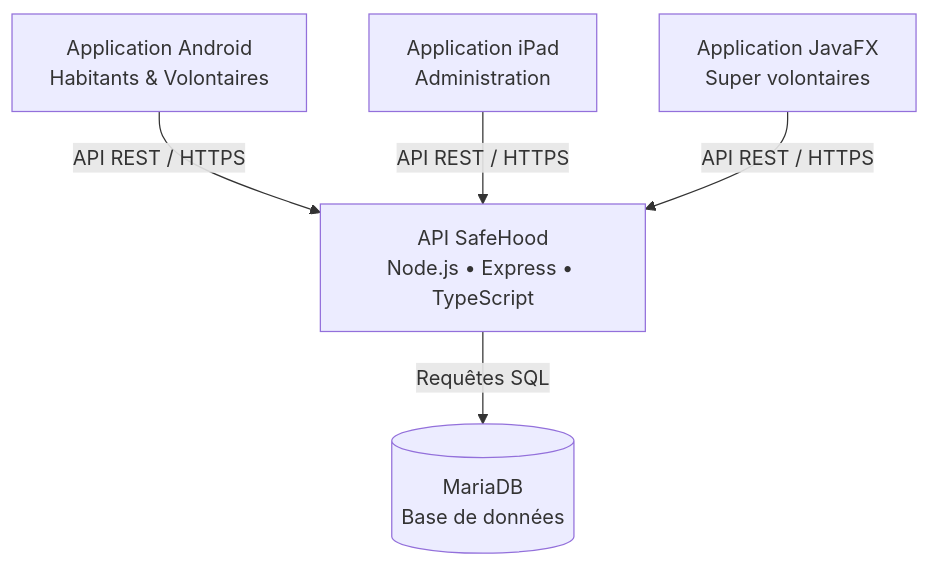
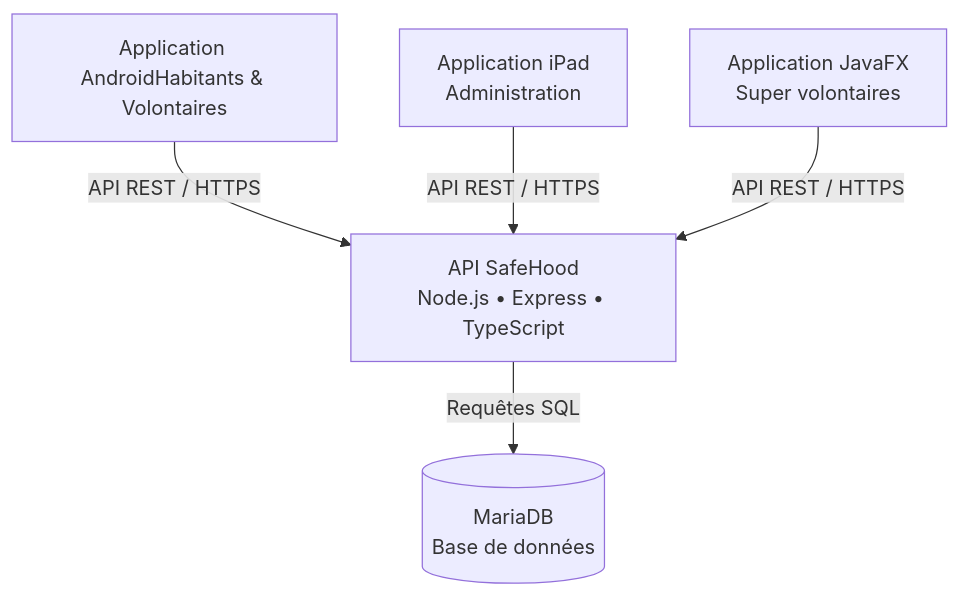
One commit to moustapha93210/SafeHood-Team changed the diagram in README.md. Above: the diagram before and after it, drawn with Mermaid.

````diff
--- a/README.md
+++ b/README.md
@@ -148,16 +148,16 @@
 ```mermaid
 flowchart TD
 
-    Android["Application Android<br/>Habitants & Volontaires"]
+    Android["Application Android<br\>Habitants & Volontaires"]
     iPad["Application iPad<br/>Administration"]
     JavaFX["Application JavaFX<br/>Super volontaires"]
 
     API["API SafeHood<br/>Node.js • Express • TypeScript"]
     DB[("MariaDB<br/>Base de données")]
 
     Android -->|API REST / HTTPS| API
     iPad -->|API REST / HTTPS| API
     JavaFX -->|API REST / HTTPS| API
 
     API -->|Requêtes SQL| DB
 ```
````
